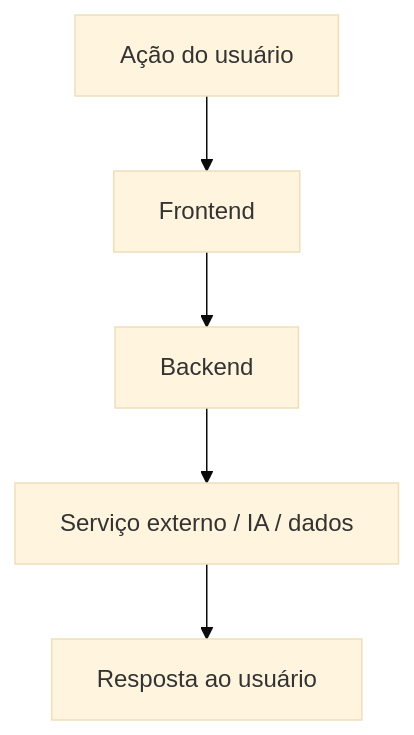
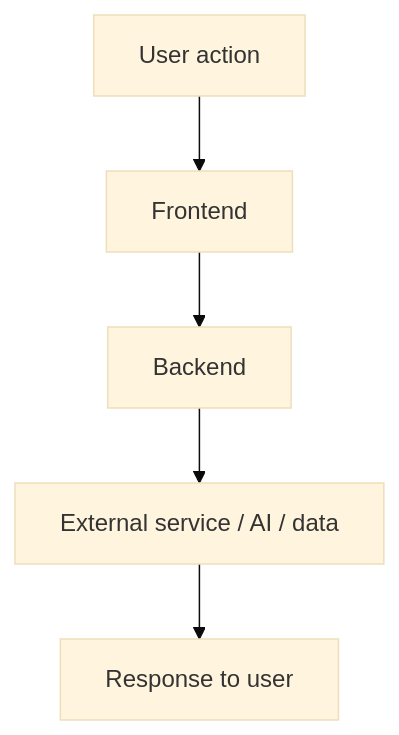
One commit to Sistema2D/FrameCode-VibeWork changed the fourth of 5 diagrams in WORKFLOW.md. Above: the diagram before and after it, drawn with Mermaid (base theme). The commit also changed other lines of this file and 78 other files, not shown here.

````diff
--- a/WORKFLOW.md
+++ b/WORKFLOW.md
@@ -114,7 +114,7 @@
 ```mermaid
 flowchart TD
-    A["Ação do usuário"] --> B["Frontend"]
+    A["User action"] --> B["Frontend"]
     B --> C["Backend"]
-    C --> D["Serviço externo / IA / dados"]
-    D --> E["Resposta ao usuário"]
+    C --> D["External service / AI / data"]
+    D --> E["Response to user"]
 ```
````
